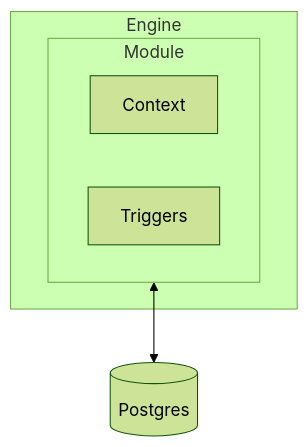
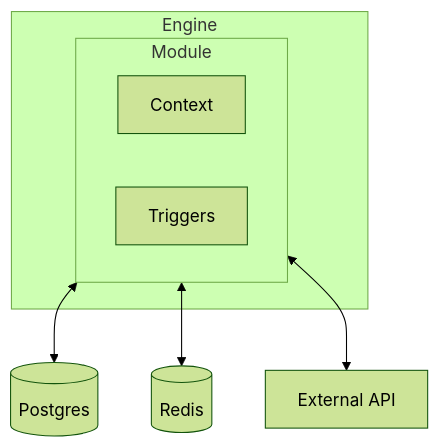
One commit to iii-hq/docs changed the diagram in content/primitives/modules.mdx. Above: the diagram before and after it, drawn with Mermaid (forest theme). The commit also changed other lines of this file and 14 other files, not shown here.

````diff
--- a/content/primitives/modules.mdx
+++ b/content/primitives/modules.mdx
@@ -8,10 +10,12 @@
 ```mermaid
 graph TB
     subgraph Engine[Engine]
         subgraph Module[Module]
             Context[Context]
             Triggers[Triggers]
         end
     end
     Module <--> Postgres[(Postgres)]
+    Module <--> Redis[(Redis)]
+    Module <--> ExtAPI[External API]
 ```
````
